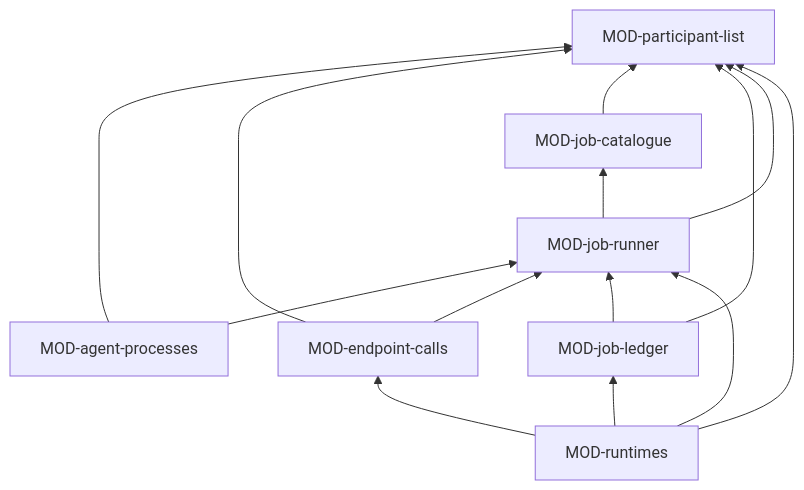
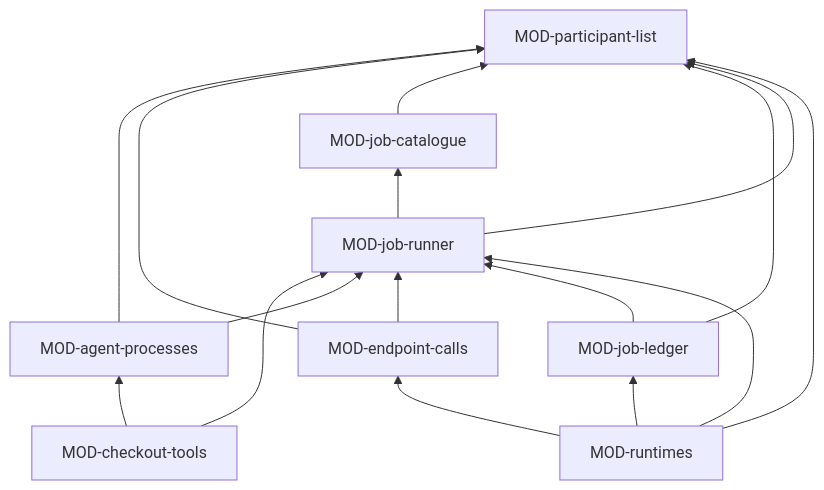
The diagram in docs/architecture/ARC-046-participants-and-jobs.md (akmaier/agent-m), drawn with Mermaid before and after one commit. The commit also changed other lines of this file, not shown here.

First line of the commit message:
ARC-046: a model endpoint's work in a checkout runs in Agent M's own loop

````diff
--- a/docs/architecture/ARC-046-participants-and-jobs.md
+++ b/docs/architecture/ARC-046-participants-and-jobs.md
@@ -183,23 +191,26 @@
 ```mermaid
 flowchart BT
   M0[MOD-participant-list]
   M1[MOD-endpoint-calls]
   M2[MOD-agent-processes]
   M3[MOD-job-runner]
   M4[MOD-job-catalogue]
   M5[MOD-job-ledger]
   M6[MOD-runtimes]
+  M7[MOD-checkout-tools]
+  M7 --> M3
+  M7 --> M2
   M2 --> M3
   M2 --> M0
   M1 --> M3
   M1 --> M0
   M4 --> M0
   M5 --> M3
   M5 --> M0
   M3 --> M4
   M3 --> M0
   M6 --> M1
   M6 --> M5
   M6 --> M3
   M6 --> M0
 ```
````
